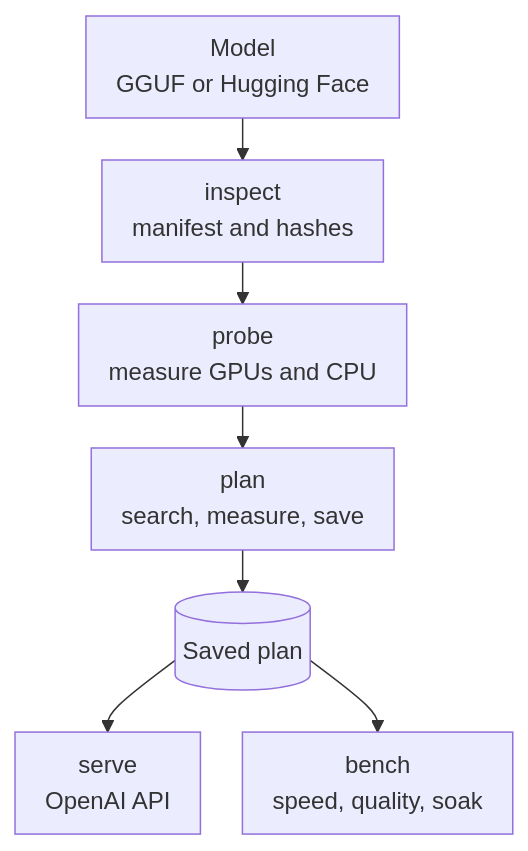
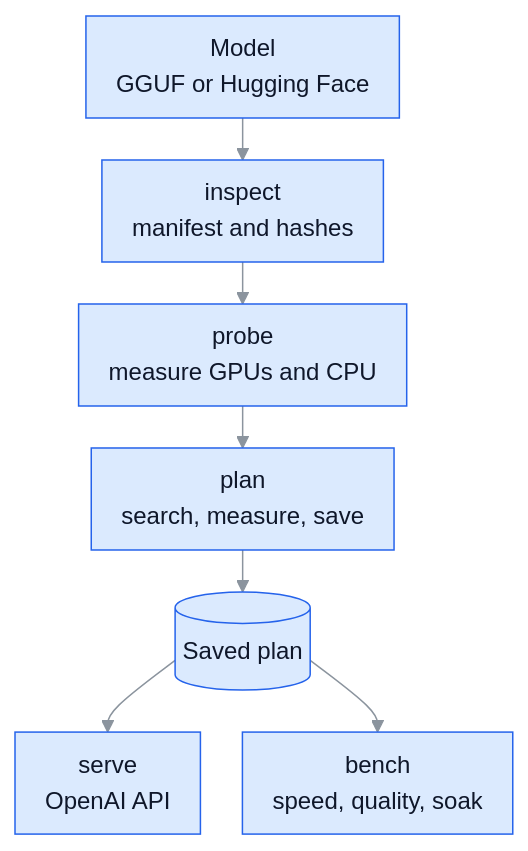
The diagram in assets/pipeline.mmd (cyqlelabs/flux), drawn with Mermaid before and after one commit. The commit also changed 8 other files, not shown here.

Commit message:
README: one diagram image per figure that reads in light and dark themes

```diff
--- a/assets/pipeline.mmd
+++ b/assets/pipeline.mmd
@@ -1,8 +1,8 @@
-%%{init: {"flowchart": {"rankSpacing": 28, "nodeSpacing": 28, "padding": 10}}}%%
+%%{init: {"theme": "base", "themeVariables": {"primaryColor": "#dbeafe", "primaryTextColor": "#0f172a", "primaryBorderColor": "#2563eb", "textColor": "#0f172a", "lineColor": "#8b949e", "edgeLabelBackground": "#dbeafe"}, "flowchart": {"rankSpacing": 28, "nodeSpacing": 28, "padding": 10}}}%%
 flowchart TD
     M["Model<br/>GGUF or Hugging Face"] --> I["inspect<br/>manifest and hashes"]
     I --> P["probe<br/>measure GPUs and CPU"]
     P --> PL["plan<br/>search, measure, save"]
     PL --> S[("Saved plan")]
     S --> SV["serve<br/>OpenAI API"]
     S --> B["bench<br/>speed, quality, soak"]
```
